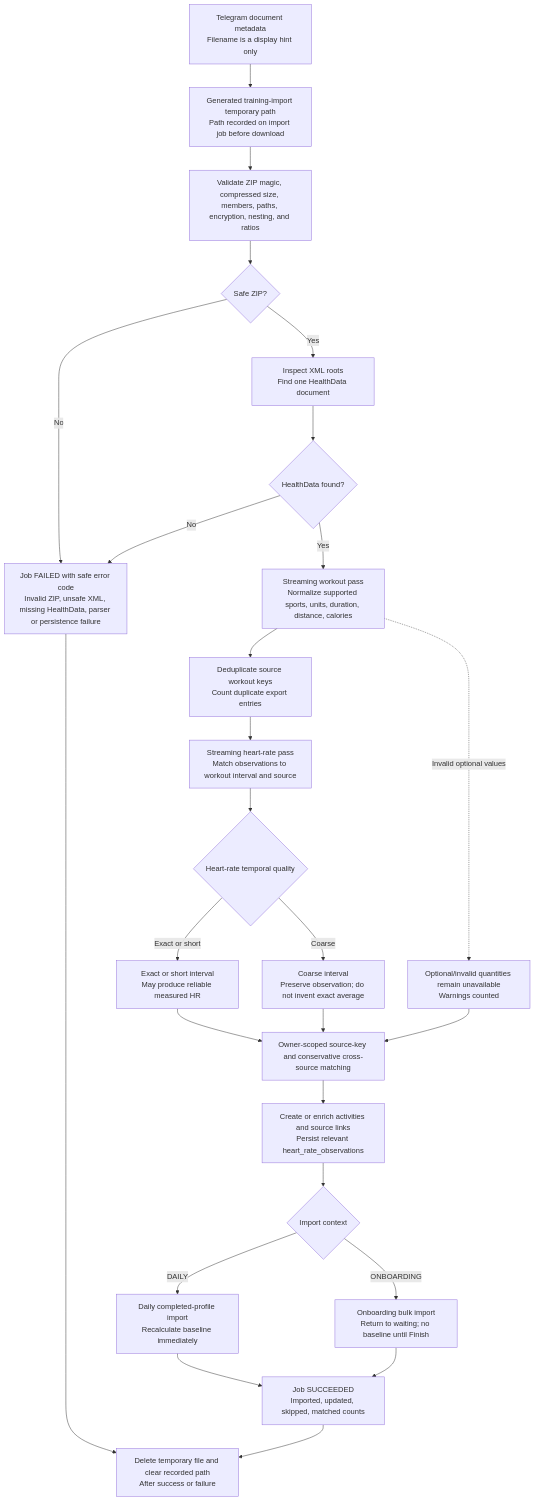
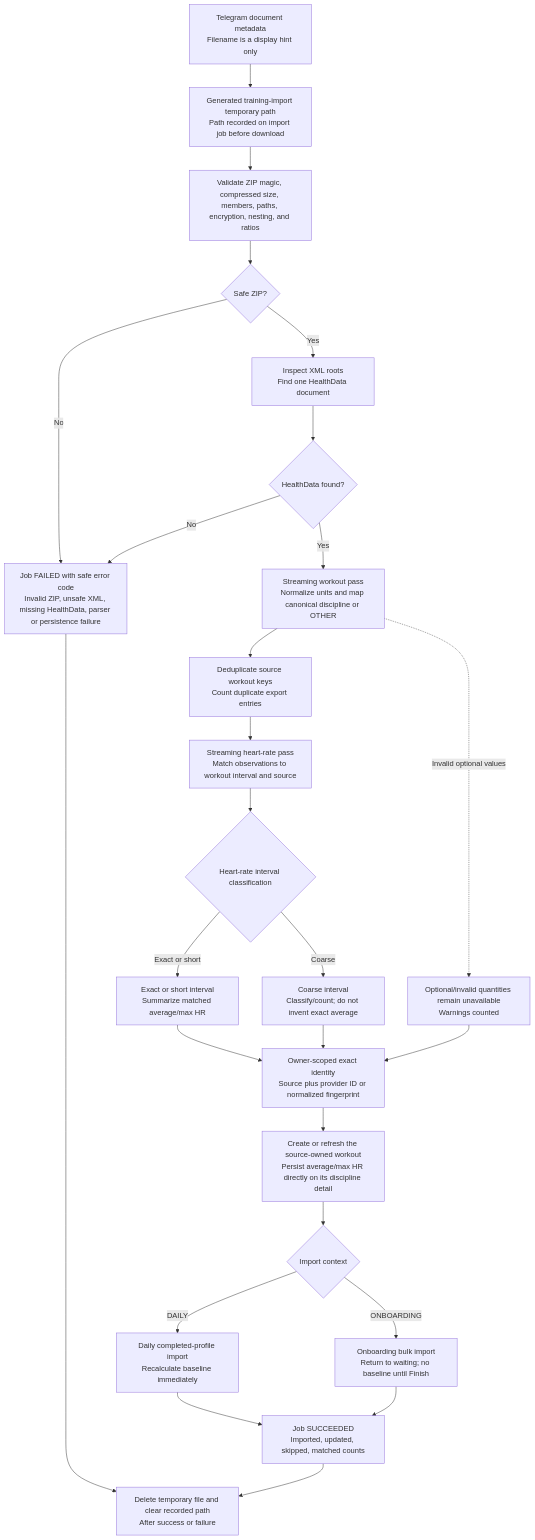
Before and after one commit to tinips/adaptive_training_coach: the fourth of 8 diagrams in docs/current-product-flow.md, drawn with Mermaid. The commit also changed other lines of this file and 52 other files, not shown here.

Commit message:
workout data models & activities refactor

````diff
--- a/docs/current-product-flow.md
+++ b/docs/current-product-flow.md
@@ -313,37 +319,37 @@
 ```mermaid
 flowchart TD
     ah_doc["Telegram document metadata<br/>Filename is a display hint only"]
     ah_temp["Generated training-import temporary path<br/>Path recorded on import job before download"]
     ah_zip["Validate ZIP magic, compressed size, members, paths, encryption, nesting, and ratios"]
     ah_zip_ok{"Safe ZIP?"}
     ah_discover["Inspect XML roots<br/>Find one HealthData document"]
     ah_found{"HealthData found?"}
-    ah_workouts["Streaming workout pass<br/>Normalize supported sports, units, duration, distance, calories"]
+    ah_workouts["Streaming workout pass<br/>Normalize units and map canonical discipline or OTHER"]
     ah_duplicates["Deduplicate source workout keys<br/>Count duplicate export entries"]
     ah_hr["Streaming heart-rate pass<br/>Match observations to workout interval and source"]
-    ah_quality{"Heart-rate temporal quality"}
-    ah_exact["Exact or short interval<br/>May produce reliable measured HR"]
-    ah_coarse["Coarse interval<br/>Preserve observation; do not invent exact average"]
-    ah_match["Owner-scoped source-key and conservative cross-source matching"]
-    ah_persist["Create or enrich activities and source links<br/>Persist relevant heart_rate_observations"]
+    ah_quality{"Heart-rate interval classification"}
+    ah_exact["Exact or short interval<br/>Summarize matched average/max HR"]
+    ah_coarse["Coarse interval<br/>Classify/count; do not invent exact average"]
+    ah_match["Owner-scoped exact identity<br/>Source plus provider ID or normalized fingerprint"]
+    ah_persist["Create or refresh the source-owned workout<br/>Persist average/max HR directly on its discipline detail"]
     ah_context{"Import context"}
     ah_daily["Daily completed-profile import<br/>Recalculate baseline immediately"]
     ah_onboard["Onboarding bulk import<br/>Return to waiting; no baseline until Finish"]
     ah_partial["Optional/invalid quantities remain unavailable<br/>Warnings counted"]
     ah_success["Job SUCCEEDED<br/>Imported, updated, skipped, matched counts"]
     ah_fail["Job FAILED with safe error code<br/>Invalid ZIP, unsafe XML, missing HealthData, parser or persistence failure"]
     ah_cleanup["Delete temporary file and clear recorded path<br/>After success or failure"]
 
     ah_doc --> ah_temp --> ah_zip --> ah_zip_ok
     ah_zip_ok -->|No| ah_fail --> ah_cleanup
     ah_zip_ok -->|Yes| ah_discover --> ah_found
     ah_found -->|No| ah_fail
     ah_found -->|Yes| ah_workouts --> ah_duplicates --> ah_hr --> ah_quality
     ah_quality -->|Exact or short| ah_exact --> ah_match
     ah_quality -->|Coarse| ah_coarse --> ah_match
     ah_workouts -. Invalid optional values .-> ah_partial --> ah_match
     ah_match --> ah_persist --> ah_context
     ah_context -->|DAILY| ah_daily --> ah_success
     ah_context -->|ONBOARDING| ah_onboard --> ah_success
     ah_success --> ah_cleanup
 ```
````
